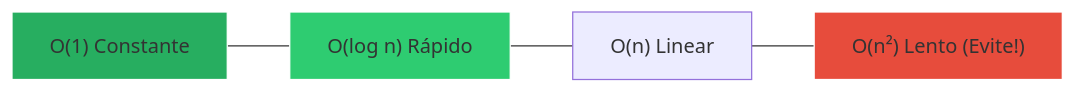
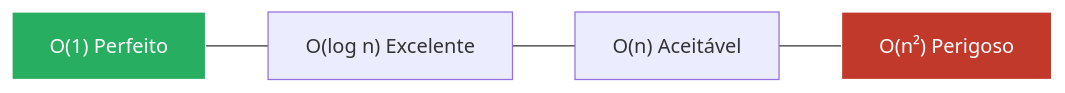
Before and after one commit to Mushyc/WIKI_MATHEUS_TI: the diagram in guias/Curso_Algoritmos_Estruturas_Dados.md, drawn with Mermaid. The commit also changed other lines of this file and 18 other files, not shown here.

````diff
--- a/guias/Curso_Algoritmos_Estruturas_Dados.md
+++ b/guias/Curso_Algoritmos_Estruturas_Dados.md
@@ -13,10 +21,9 @@
 ```mermaid
 graph LR
-    O1["O(1) Constante"] --- OlogN["O(log n) Rápido"]
-    OlogN --- ON["O(n) Linear"]
-    ON --- ON2["O(n²) Lento (Evite!)"]
+    O1["O(1) Perfeito"] --- OlogN["O(log n) Excelente"]
+    OlogN --- ON["O(n) Aceitável"]
+    ON --- ON2["O(n²) Perigoso"]
     
-    style O1 fill:#27ae60,stroke:#fff
-    style OlogN fill:#2ecc71,stroke:#fff
-    style ON2 fill:#e74c3c,stroke:#fff
+    style O1 fill:#27ae60,stroke:#fff,color:#fff
+    style ON2 fill:#c0392b,stroke:#fff,color:#fff
 ```
````
